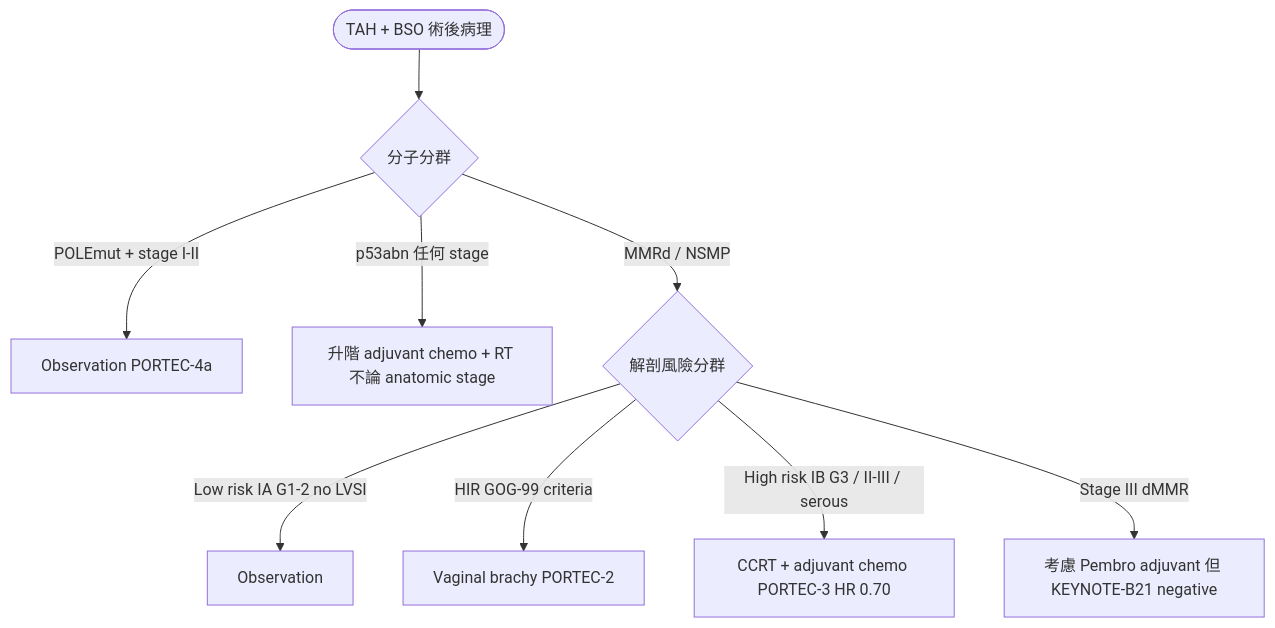
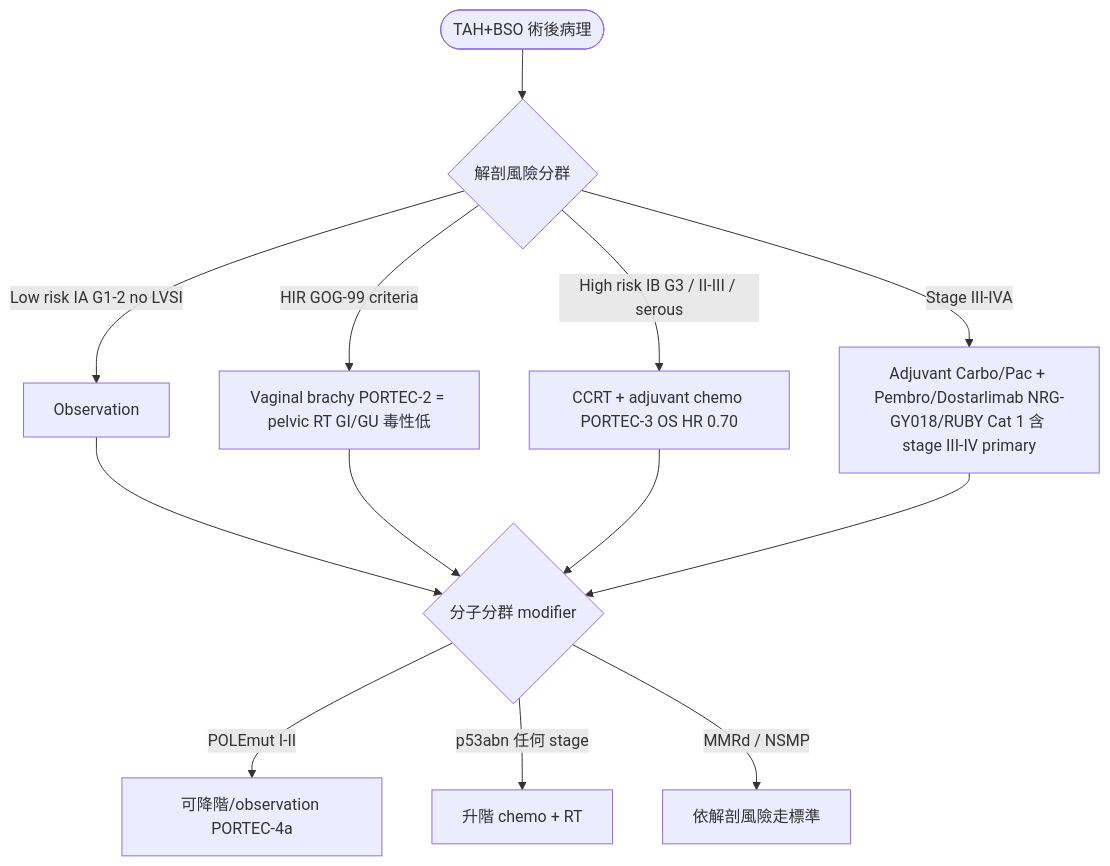
The second of 3 diagrams in data/endometrial/treatment.md (bluesunshine515-crypto/gynonc-board), drawn with Mermaid before and after one commit. The commit also changed other lines of this file and 6 other files, not shown here.

````diff
--- a/data/endometrial/treatment.md
+++ b/data/endometrial/treatment.md
@@ -61,11 +42,15 @@
 ```mermaid
 flowchart TD
-  Surgery([TAH + BSO 術後病理]) --> Mol{分子分群}
-  Mol -->|POLEmut + stage I-II| POLE_low[Observation PORTEC-4a]
-  Mol -->|p53abn 任何 stage| p53_high[升階 adjuvant chemo + RT 不論 anatomic stage]
-  Mol -->|MMRd / NSMP| Risk{解剖風險分群}
+  Surgery([TAH+BSO 術後病理]) --> Risk{解剖風險分群}
   Risk -->|Low risk IA G1-2 no LVSI| LowRisk[Observation]
-  Risk -->|HIR GOG-99 criteria| HIR[Vaginal brachy PORTEC-2]
-  Risk -->|High risk IB G3 / II-III / serous| HighRisk[CCRT + adjuvant chemo PORTEC-3 HR 0.70]
-  Risk -->|Stage III dMMR| Pembro_adj[考慮 Pembro adjuvant 但 KEYNOTE-B21 negative]
+  Risk -->|HIR GOG-99 criteria| HIR[Vaginal brachy PORTEC-2 = pelvic RT GI/GU 毒性低]
+  Risk -->|High risk IB G3 / II-III / serous| HighRisk[CCRT + adjuvant chemo PORTEC-3 OS HR 0.70]
+  Risk -->|Stage III-IVA| Sys_Adj[Adjuvant Carbo/Pac + Pembro/Dostarlimab NRG-GY018/RUBY Cat 1 含 stage III-IV primary]
+  LowRisk --> MolMod{分子分群 modifier}
+  HIR --> MolMod
+  HighRisk --> MolMod
+  Sys_Adj --> MolMod
+  MolMod -->|POLEmut I-II| POLE_low[可降階/observation PORTEC-4a]
+  MolMod -->|p53abn 任何 stage| p53_high[升階 chemo + RT]
+  MolMod -->|MMRd / NSMP| Std[依解剖風險走標準]
 ```
````
